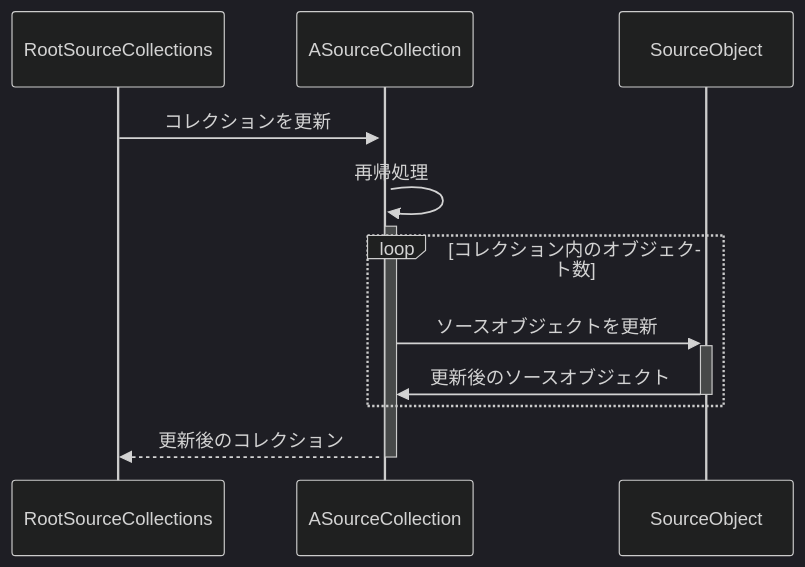
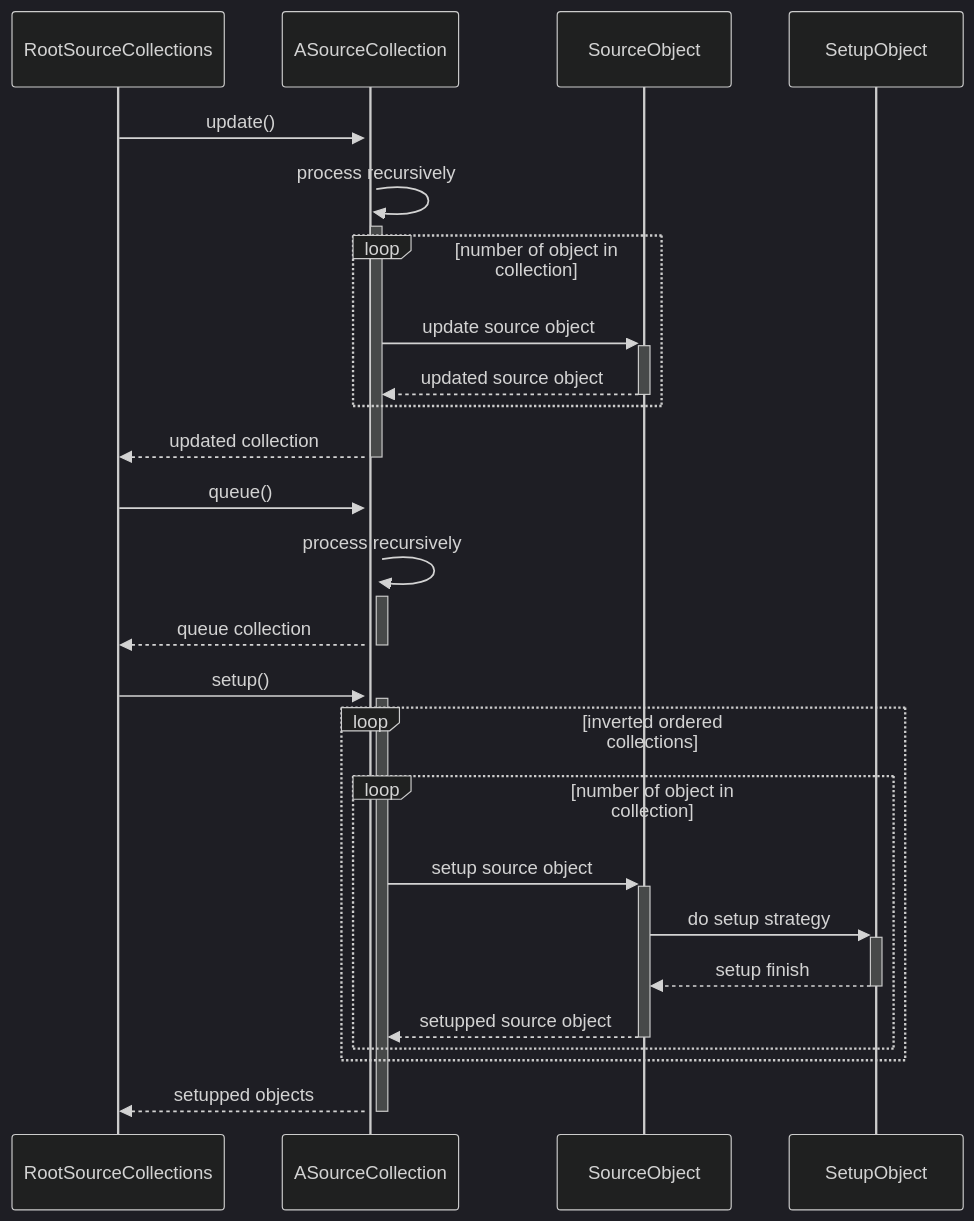
Before and after one commit to SyureOjisan/wm_setup_tools: the diagram in uml/wmsu_sequence(refactoring_2024).md, drawn with Mermaid (dark theme). The commit also changed 1 other file, not shown here.

Commit message:
[issue #17]Refactoring 2024 (daily commit)

````diff
--- a/uml/wmsu_sequence(refactoring_2024).md
+++ b/uml/wmsu_sequence(refactoring_2024).md
@@ -1,13 +1,29 @@
 ```mermaid
     sequenceDiagram
     participant roots as RootSourceCollections
     participant src as ASourceCollection
     participant srcobj as SourceObject
-    roots ->>+ src: コレクションを更新
-    src ->>+ src: 再帰処理
-    loop コレクション内のオブジェクト数
-        src ->>+ srcobj: ソースオブジェクトを更新
-        srcobj ->>- src: 更新後のソースオブジェクト
+    participant suobj as SetupObject
+    roots ->>+ src: update()
+    src ->>+ src: process recursively
+    loop number of object in collection
+        src ->>+ srcobj: update source object
+        srcobj -->>- src: updated source object
     end
-    src -->>- roots : 更新後のコレクション
+    src -->>- roots : updated collection
+
+    roots ->>+ src: queue()
+    src ->>+ src: process recursively
+    src -->>- roots : queue collection
+
+    roots ->>+ src: setup()
+    loop inverted ordered collections
+        loop number of object in collection
+            src ->>+ srcobj: setup source object
+            srcobj ->>+ suobj: do setup strategy
+            suobj -->>- srcobj: setup finish
+            srcobj -->>- src: setupped source object
+        end
+    end
+    src -->>- roots : setupped objects
 ```
````
